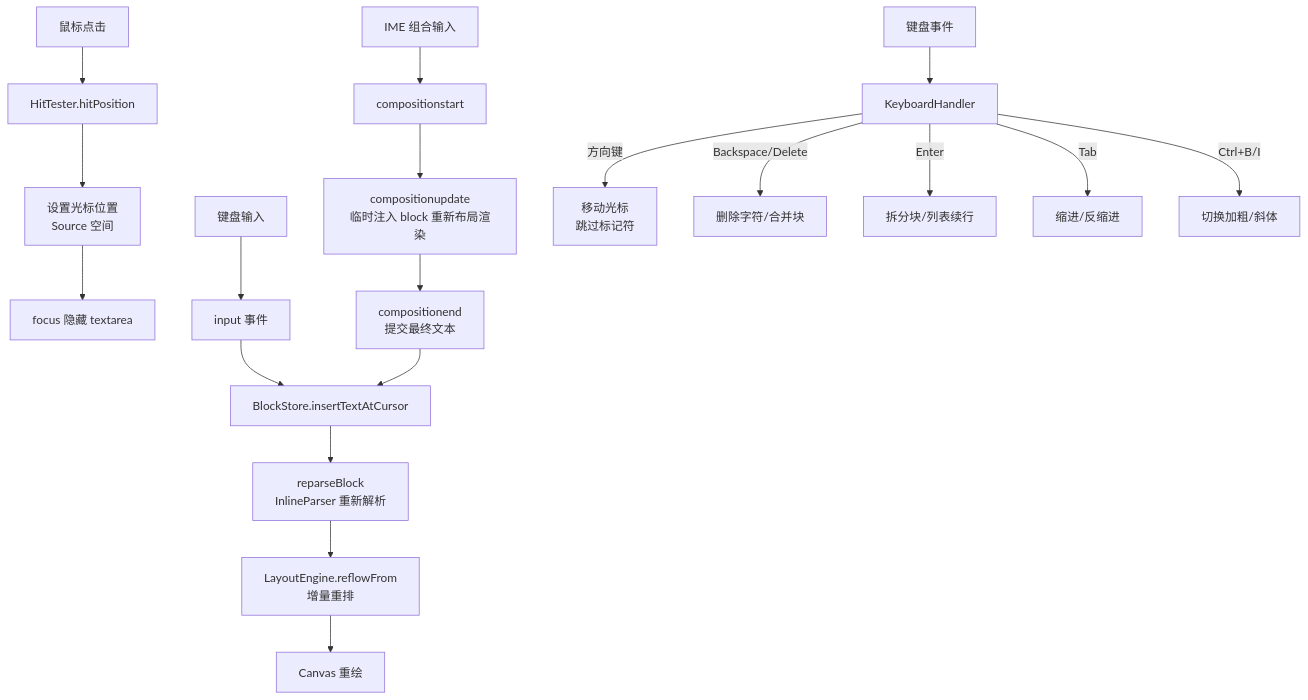
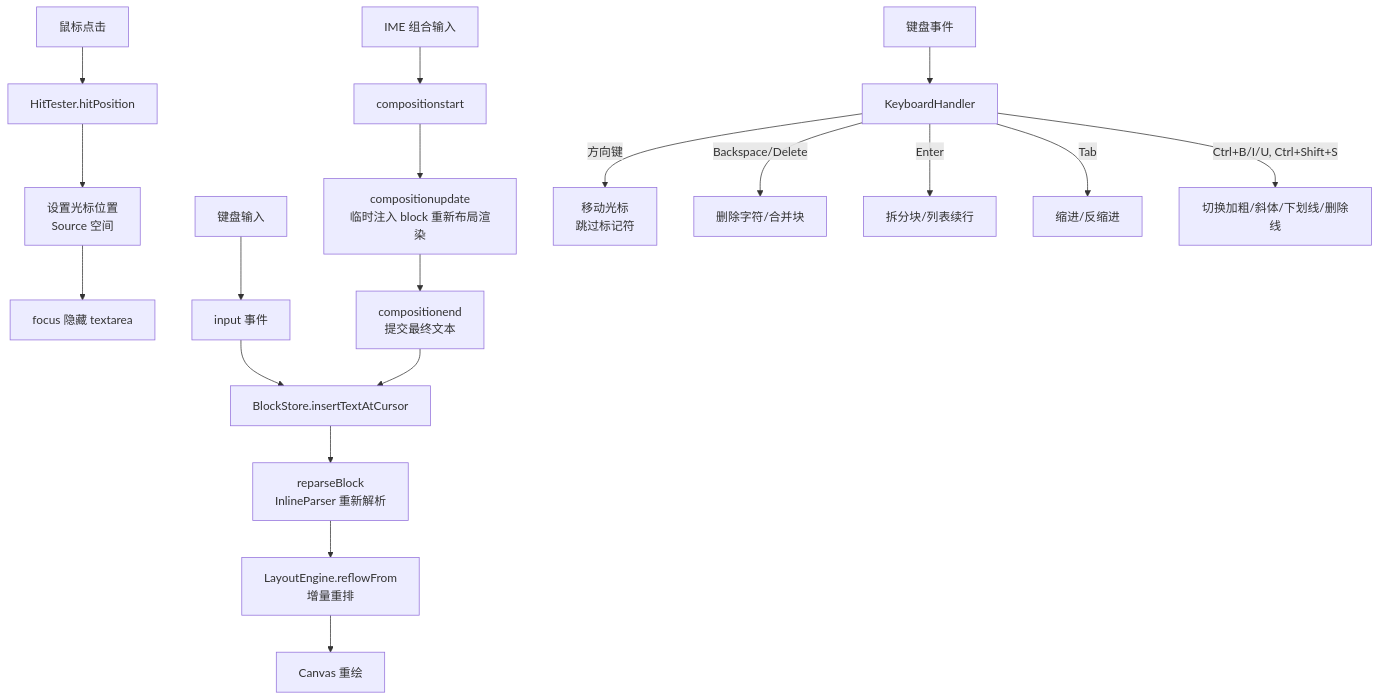
The fourth of 5 diagrams in README.md (symant233/canvas-markdown-editor), drawn with Mermaid before and after one commit. The commit also changed other lines of this file and 6 other files, not shown here.

````diff
--- a/README.md
+++ b/README.md
@@ -220,24 +220,24 @@
 ```mermaid
 flowchart TD
   PointerDown["鼠标点击"] --> HitTest["HitTester.hitPosition"]
   HitTest --> SetCursor["设置光标位置<br/>Source 空间"]
   SetCursor --> FocusTA["focus 隐藏 textarea"]
 
   Typing["键盘输入"] --> InputEvent["input 事件"]
   InputEvent --> InsertText["BlockStore.insertTextAtCursor"]
   InsertText --> Reparse["reparseBlock<br/>InlineParser 重新解析"]
   Reparse --> Reflow["LayoutEngine.reflowFrom<br/>增量重排"]
   Reflow --> Render["Canvas 重绘"]
 
   IME["IME 组合输入"] --> CompStart["compositionstart"]
   CompStart --> CompUpdate["compositionupdate<br/>临时注入 block 重新布局渲染"]
   CompUpdate --> CompEnd["compositionend<br/>提交最终文本"]
   CompEnd --> InsertText
 
   KeyDown["键盘事件"] --> KBHandler["KeyboardHandler"]
   KBHandler --> |"方向键"| MoveCursor["移动光标<br/>跳过标记符"]
   KBHandler --> |"Backspace/Delete"| DeleteChar["删除字符/合并块"]
   KBHandler --> |"Enter"| SplitBlock["拆分块/列表续行"]
   KBHandler --> |"Tab"| Indent["缩进/反缩进"]
-  KBHandler --> |"Ctrl+B/I"| Format["切换加粗/斜体"]
+  KBHandler --> |"Ctrl+B/I/U, Ctrl+Shift+S"| Format["切换加粗/斜体/下划线/删除线"]
 ```
````
